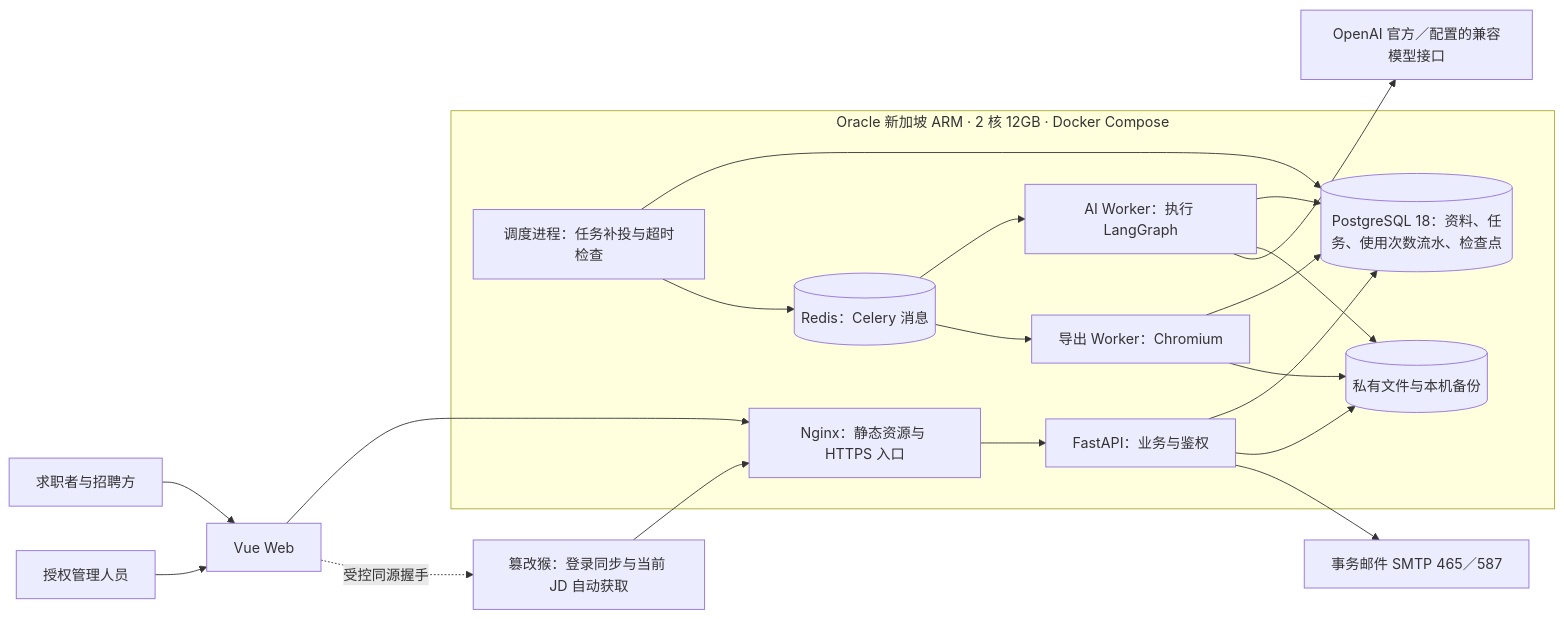
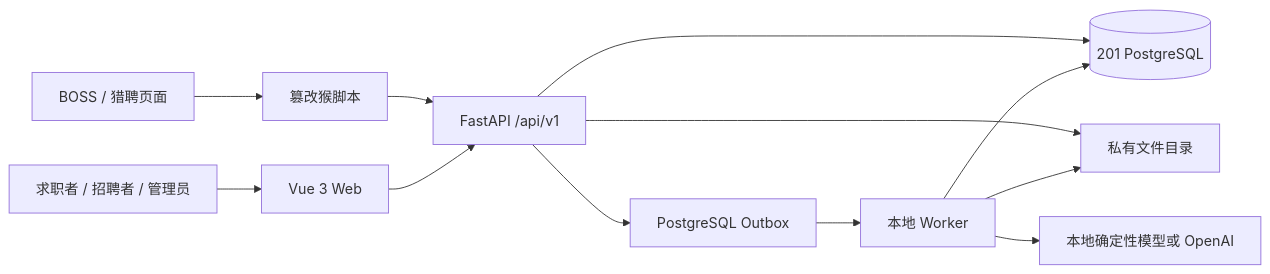
One commit to ld0574/Purslyx changed the diagram in docs/02-technical/技术架构.md. Above: the diagram before and after it, drawn with Mermaid. The commit also changed other lines of this file and 38 other files, not shown here.

````diff
--- a/docs/02-technical/技术架构.md
+++ b/docs/02-technical/技术架构.md
@@ -34,32 +9,14 @@
 ```mermaid
 flowchart LR
-    User[求职者与招聘方] --> Web[Vue Web]
-    Script[篡改猴：登录同步与当前 JD 自动获取]
-    Admin[授权管理人员] --> Web
-    subgraph Host[Oracle 新加坡 ARM · 2 核 12GB · Docker Compose]
-        Gateway[Nginx：静态资源与 HTTPS 入口]
-        API[FastAPI：业务与鉴权]
-        DB[(PostgreSQL 18：资料、任务、使用次数流水、检查点)]
-        Queue[(Redis：Celery 消息)]
-        Dispatch[调度进程：任务补投与超时检查]
-        AIWorker[AI Worker：执行 LangGraph]
-        DocWorker[导出 Worker：Chromium]
-        Disk[(私有文件与本机备份)]
-        Gateway --> API
-        API --> DB
-        API --> Disk
-        Dispatch --> DB
-        Dispatch --> Queue
-        Queue --> AIWorker
-        Queue --> DocWorker
-        AIWorker --> DB
-        AIWorker --> Disk
-        DocWorker --> DB
-        DocWorker --> Disk
-    end
-    Web --> Gateway
-    Web -. 受控同源握手 .-> Script
-    Script --> Gateway
-    AIWorker --> Model[OpenAI 官方／配置的兼容模型接口]
-    API --> SMTP[事务邮件 SMTP 465／587]
+    U[求职者 / 招聘者 / 管理员] --> W[Vue 3 Web]
+    B[BOSS / 猎聘页面] --> S[篡改猴脚本]
+    S --> A[FastAPI /api/v1]
+    W --> A
+    A --> P[(201 PostgreSQL)]
+    A --> F[私有文件目录]
+    A --> O[PostgreSQL Outbox]
+    O --> K[本地 Worker]
+    K --> M[本地确定性模型或 OpenAI]
+    K --> P
+    K --> F
 ```
````
